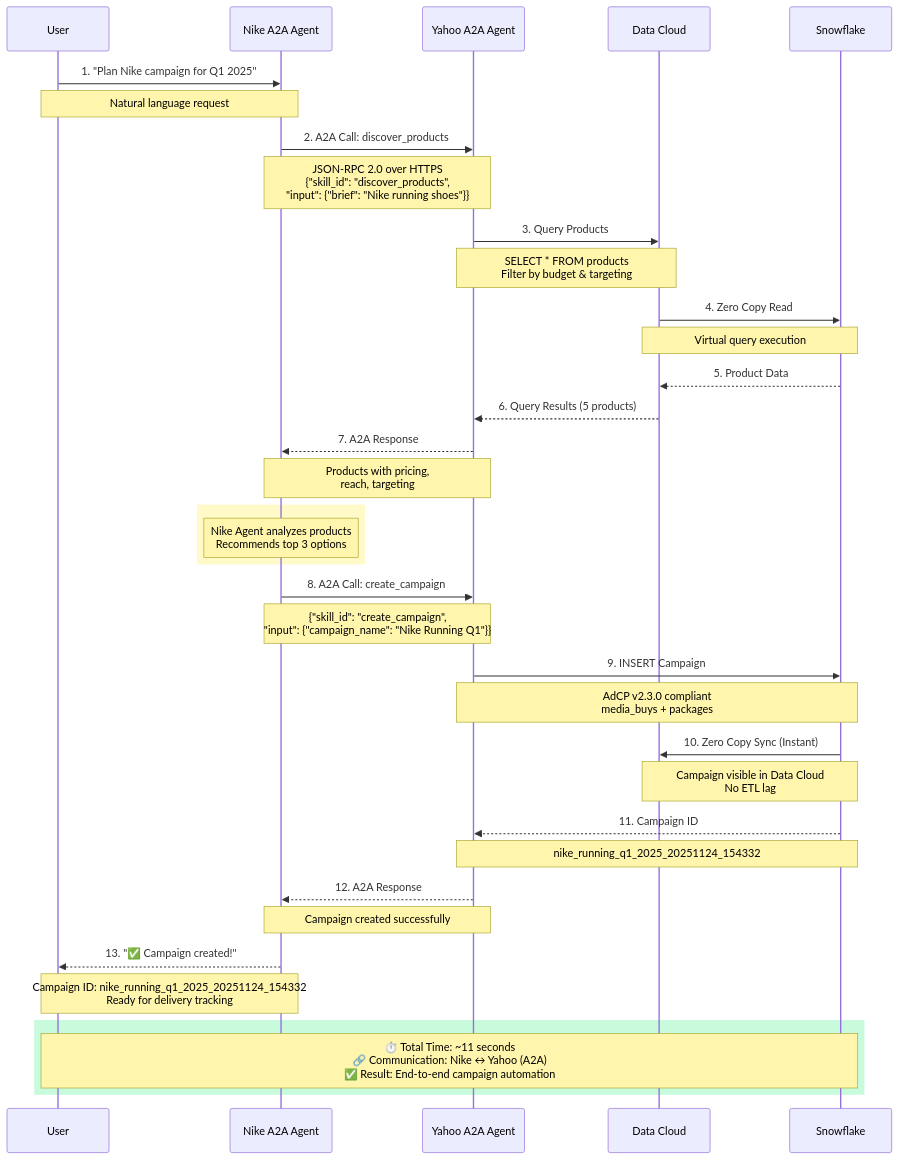
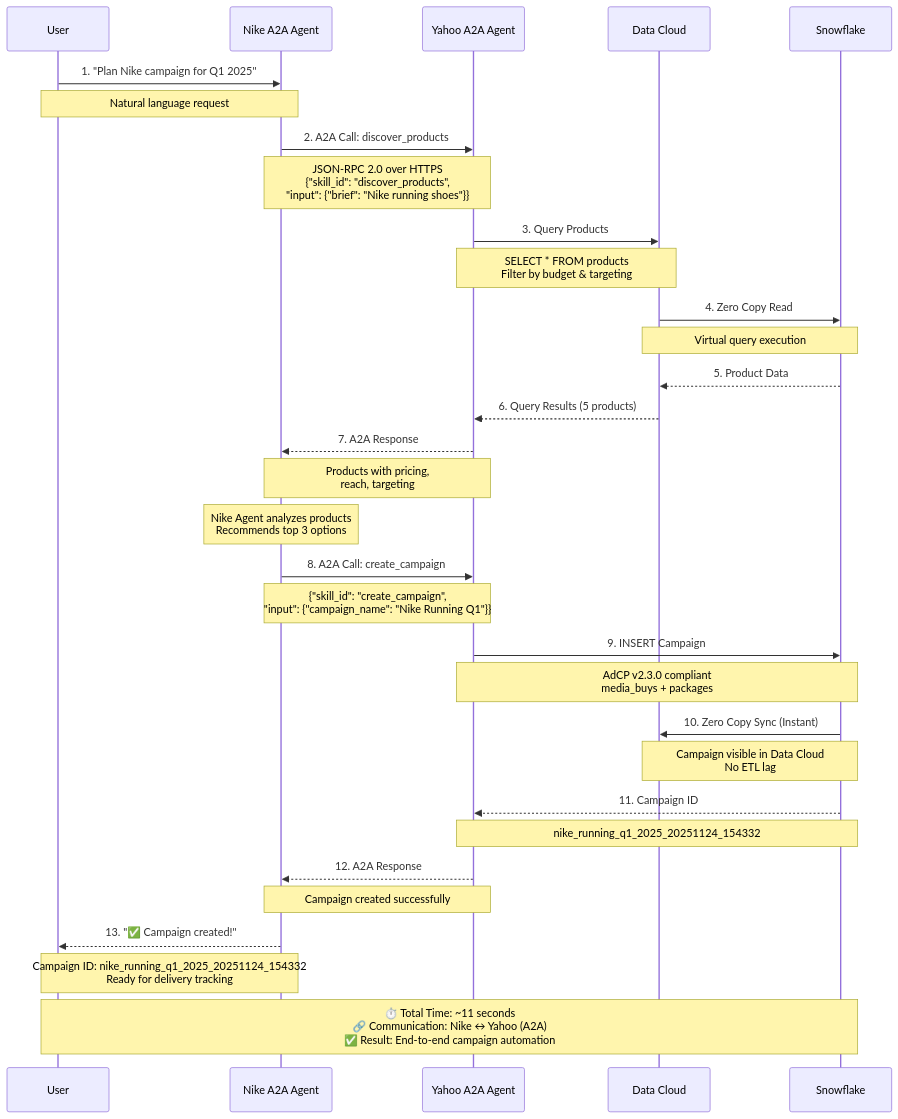
The third of 3 diagrams in TECHNOLOGY_BUSINESS_VISION.md (arupsarkar-sfdc/admcp-media-app), drawn with Mermaid before and after one commit. The commit also changed other lines of this file, not shown here.

````diff
--- a/TECHNOLOGY_BUSINESS_VISION.md
+++ b/TECHNOLOGY_BUSINESS_VISION.md
@@ -373,52 +371,48 @@
 ```mermaid
 sequenceDiagram
     participant User
     participant Nike as Nike A2A Agent
     participant Yahoo as Yahoo A2A Agent
     participant DataCloud as Data Cloud
     participant Snowflake
     
     User->>Nike: 1. "Plan Nike campaign for Q1 2025"
     Note over User,Nike: Natural language request
     
     Nike->>Yahoo: 2. A2A Call: discover_products
     Note over Nike,Yahoo: JSON-RPC 2.0 over HTTPS<br/>{"skill_id": "discover_products",<br/>"input": {"brief": "Nike running shoes"}}
     
     Yahoo->>DataCloud: 3. Query Products
     Note over Yahoo,DataCloud: SELECT * FROM products<br/>Filter by budget & targeting
     
     DataCloud->>Snowflake: 4. Zero Copy Read
     Note over DataCloud,Snowflake: Virtual query execution
     
     Snowflake-->>DataCloud: 5. Product Data
     DataCloud-->>Yahoo: 6. Query Results (5 products)
     
     Yahoo-->>Nike: 7. A2A Response
     Note over Yahoo,Nike: Products with pricing,<br/>reach, targeting
     
-    rect rgb(255, 250, 200)
-        Note over Nike: Nike Agent analyzes products<br/>Recommends top 3 options
-    end
+    Note over Nike: Nike Agent analyzes products<br/>Recommends top 3 options
     
     Nike->>Yahoo: 8. A2A Call: create_campaign
     Note over Nike,Yahoo: {"skill_id": "create_campaign",<br/>"input": {"campaign_name": "Nike Running Q1"}}
     
     Yahoo->>Snowflake: 9. INSERT Campaign
     Note over Yahoo,Snowflake: AdCP v2.3.0 compliant<br/>media_buys + packages
     
     Snowflake->>DataCloud: 10. Zero Copy Sync (Instant)
     Note over Snowflake,DataCloud: Campaign visible in Data Cloud<br/>No ETL lag
     
     Snowflake-->>Yahoo: 11. Campaign ID
     Note over Snowflake,Yahoo: nike_running_q1_2025_20251124_154332
     
     Yahoo-->>Nike: 12. A2A Response
     Note over Yahoo,Nike: Campaign created successfully
     
     Nike-->>User: 13. "✅ Campaign created!"
     Note over Nike,User: Campaign ID: nike_running_q1_2025_20251124_154332<br/>Ready for delivery tracking
     
-    rect rgb(200, 250, 220)
-        Note over User,Snowflake: ⏱️ Total Time: ~11 seconds<br/>🔗 Communication: Nike ↔ Yahoo (A2A)<br/>✅ Result: End-to-end campaign automation
-    end
+    Note over User,Snowflake: ⏱️ Total Time: ~11 seconds<br/>🔗 Communication: Nike ↔ Yahoo (A2A)<br/>✅ Result: End-to-end campaign automation
 ```
````
